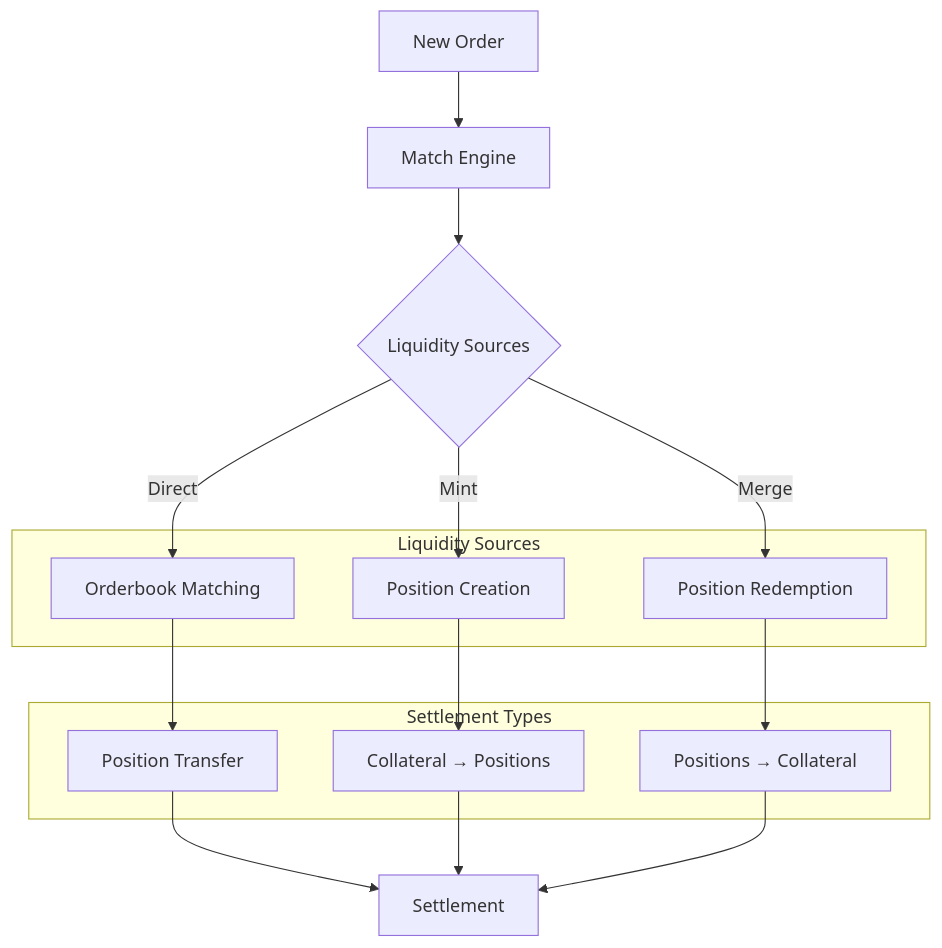
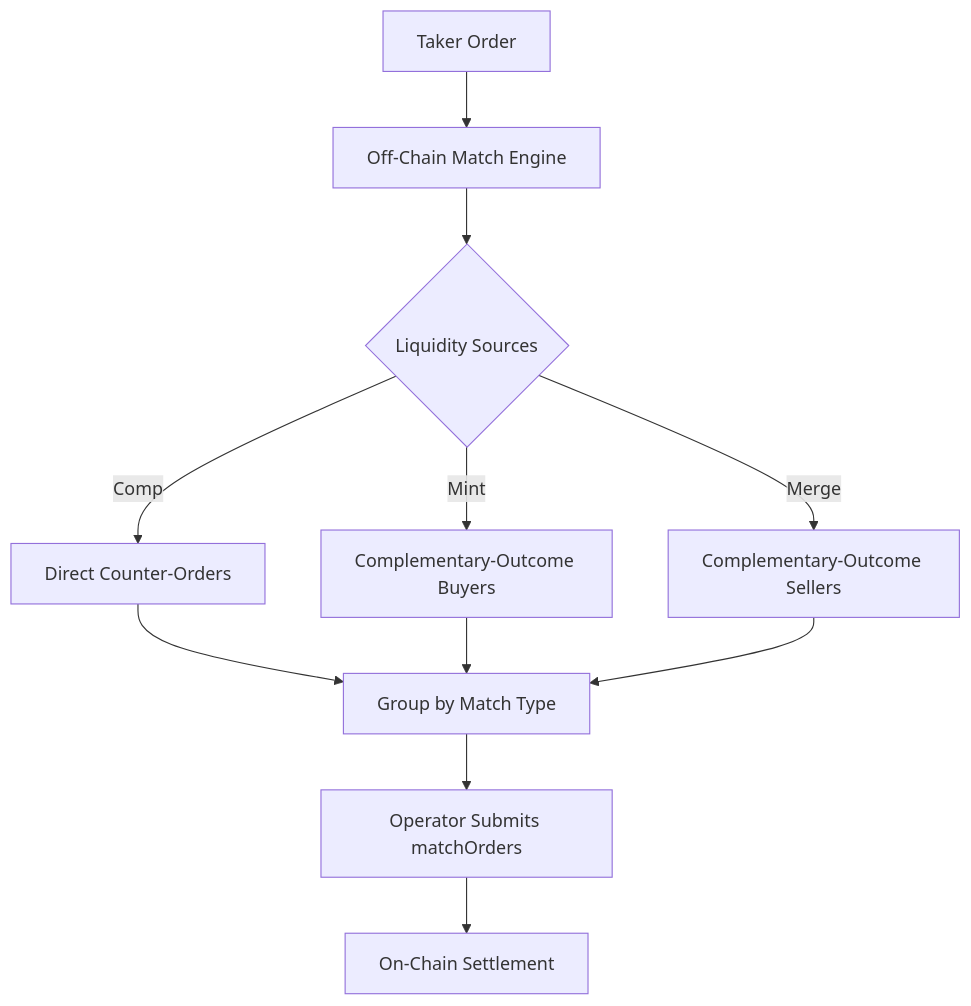
The first of 4 diagrams in docs/flows/MATCHING_MECHANISMS.md (Doefin/doefin-v2), drawn with Mermaid before and after one commit. The commit also changed other lines of this file and 8 other files, not shown here.

First line of the commit message:
docs: refresh architecture and flow docs for v3 contract state

````diff
--- a/docs/flows/MATCHING_MECHANISMS.md
+++ b/docs/flows/MATCHING_MECHANISMS.md
@@ -12,28 +20,14 @@
 ```mermaid
 graph TD
-    A[New Order] --> B[Match Engine]
+    A[Taker Order] --> B[Off-Chain Match Engine]
     B --> C{Liquidity Sources}
-    C -->|Direct| D[Orderbook Matching]
-    C -->|Mint| E[Position Creation]
-    C -->|Merge| F[Position Redemption]
-    
-    D --> G[Position Transfer]
-    E --> H[Collateral → Positions]
-    F --> I[Positions → Collateral]
-    
-    G --> J[Settlement]
-    H --> J
-    I --> J
-    
-    subgraph "Liquidity Sources"
-        D
-        E
-        F
-    end
-    
-    subgraph "Settlement Types"
-        G
-        H
-        I
-    end
+    C -->|Comp| D[Direct Counter-Orders]
+    C -->|Mint| E[Complementary-Outcome Buyers]
+    C -->|Merge| F[Complementary-Outcome Sellers]
+
+    D --> G[Group by Match Type]
+    E --> G
+    F --> G
+    G --> H[Operator Submits matchOrders]
+    H --> I[On-Chain Settlement]
 ```
````
